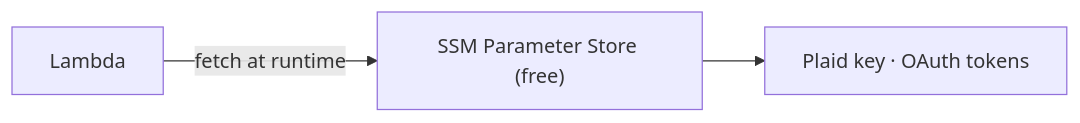
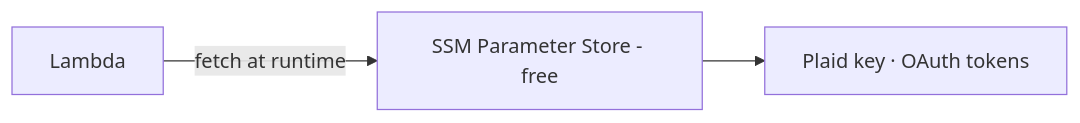
Diagram 21 of 23 in docs/AWS-SERVICES.md (Nikorshun/autoexpense), drawn with Mermaid before and after one commit. The commit also changed other lines of this file and 3 other files, not shown here.

First line of the commit message:
Make all docs Mermaid diagrams GitHub-safe

````diff
--- a/docs/AWS-SERVICES.md
+++ b/docs/AWS-SERVICES.md
@@ -438,5 +438,5 @@
 ```mermaid
 flowchart LR
-    L["Lambda"] -->|fetch at runtime| SSM["SSM Parameter Store (free)"]
+    L["Lambda"] -->|fetch at runtime| SSM["SSM Parameter Store - free"]
     SSM --> Keys["Plaid key · OAuth tokens"]
 ```
````
